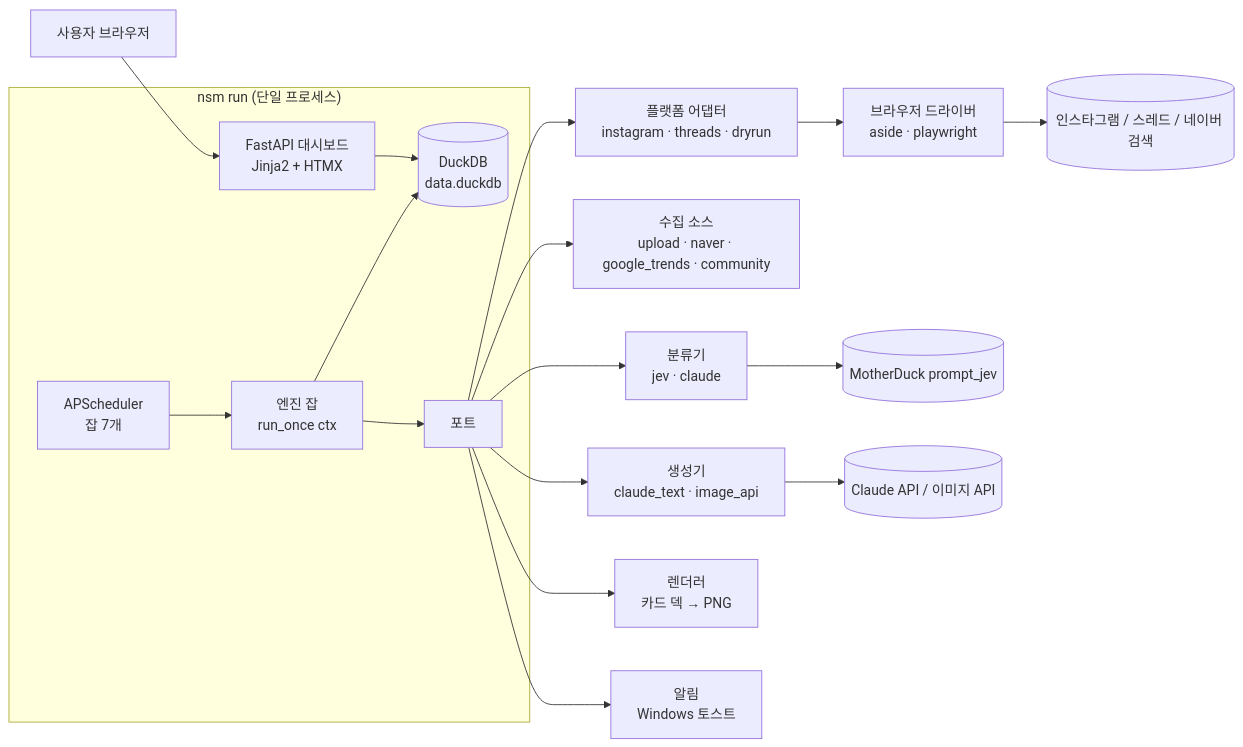
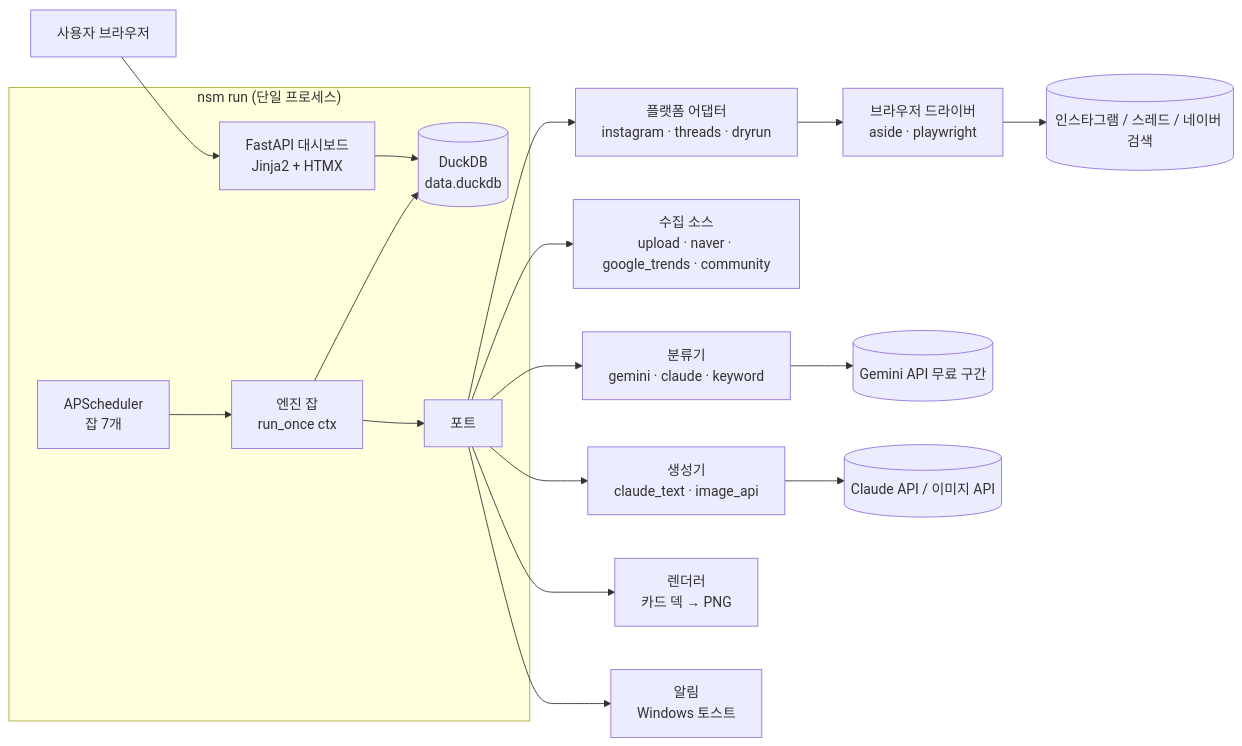
The first of 3 diagrams in docs/architecture.md (idktomorrow/non-sleep-marketer), drawn with Mermaid before and after one commit. The commit also changed other lines of this file and 30 other files, not shown here.

First line of the commit message:
feat(classifier): replace MotherDuck jev with Gemini free tier and auto fallback

````diff
--- a/docs/architecture.md
+++ b/docs/architecture.md
@@ -9,20 +9,20 @@
 ```mermaid
 flowchart LR
   subgraph P["nsm run (단일 프로세스)"]
     S[APScheduler<br/>잡 7개] --> E[엔진 잡<br/>run_once ctx]
     W[FastAPI 대시보드<br/>Jinja2 + HTMX] --> R[(DuckDB<br/>data.duckdb)]
     E --> R
     E --> PT[포트]
   end
   PT --> PA[플랫폼 어댑터<br/>instagram · threads · dryrun]
   PT --> SRC[수집 소스<br/>upload · naver · google_trends · community]
-  PT --> CL[분류기<br/>jev · claude]
+  PT --> CL[분류기<br/>gemini · claude · keyword]
   PT --> GEN[생성기<br/>claude_text · image_api]
   PT --> RD[렌더러<br/>카드 덱 → PNG]
   PT --> NT[알림<br/>Windows 토스트]
   PA --> DRV[브라우저 드라이버<br/>aside · playwright]
   DRV --> Web[(인스타그램 / 스레드 / 네이버 검색)]
-  CL --> MD[(MotherDuck prompt_jev)]
+  CL --> GM[(Gemini API 무료 구간)]
   GEN --> API[(Claude API / 이미지 API)]
   U[사용자 브라우저] --> W
 ```
````
